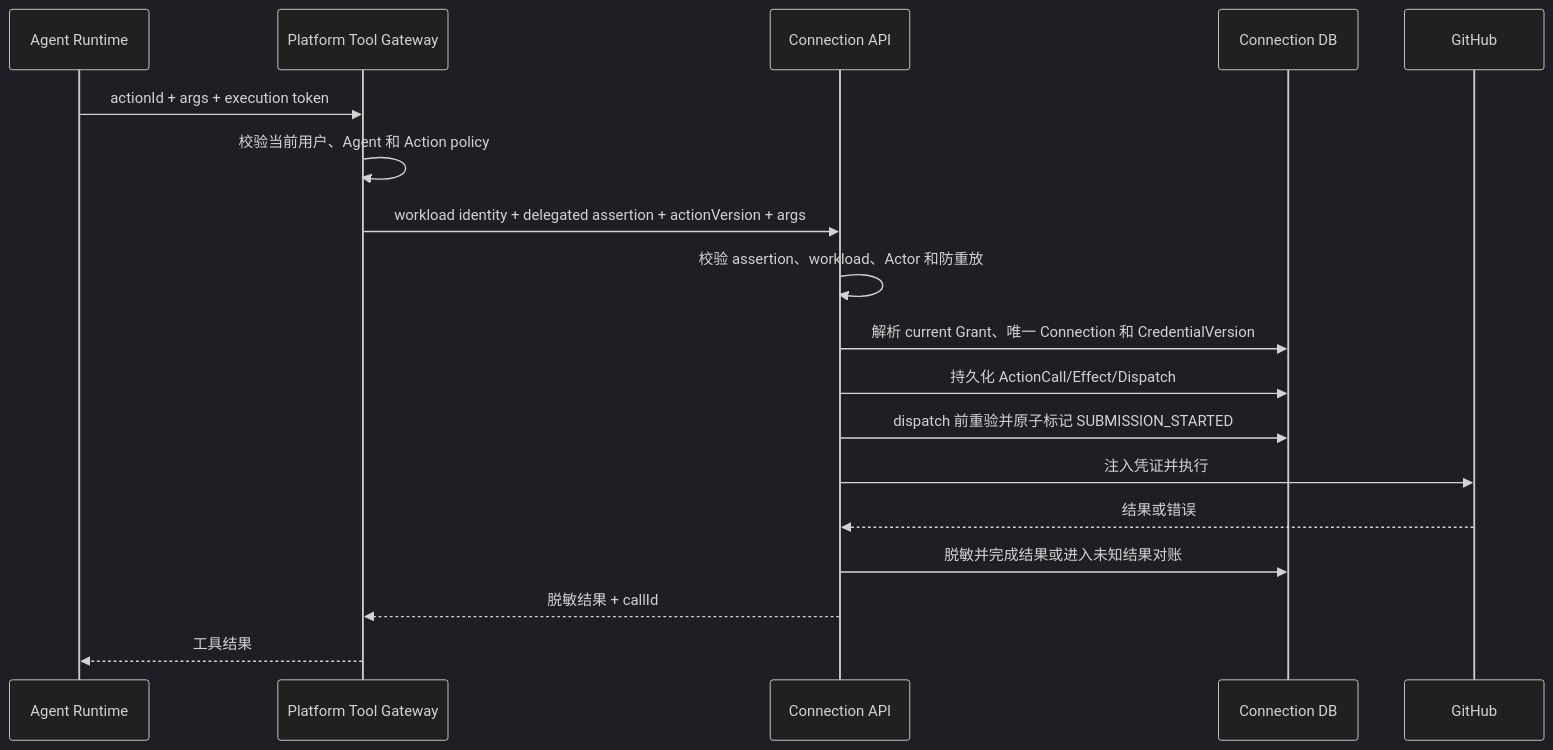
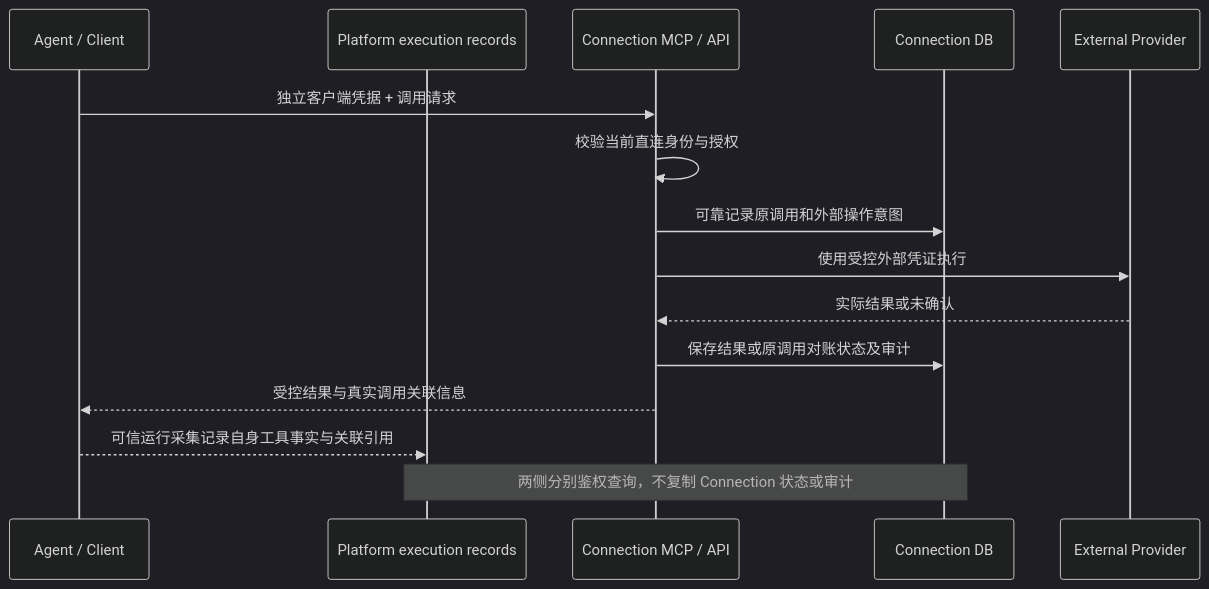
One commit to AgoraIO-Extensions/agent-infra changed the third of 3 diagrams in docs/architecture/SPEC-agent-infra-M1-engineering-architecture.md. Above: the diagram before and after it, drawn with Mermaid (dark theme). The commit also changed other lines of this file, not shown here.

Commit message:
docs(platform): align M1 execution and evaluation architecture

````diff
--- a/docs/architecture/SPEC-agent-infra-M1-engineering-architecture.md
+++ b/docs/architecture/SPEC-agent-infra-M1-engineering-architecture.md
@@ -667,21 +654,18 @@
 ```mermaid
 sequenceDiagram
-    participant A as Agent Runtime
-    participant P as Platform Tool Gateway
-    participant C as Connection API
+    participant A as Agent / Client
+    participant P as Platform execution records
+    participant C as Connection MCP / API
     participant D as Connection DB
-    participant X as GitHub
+    participant X as External Provider
 
-    A->>P: actionId + args + execution token
-    P->>P: 校验当前用户、Agent 和 Action policy
-    P->>C: workload identity + delegated assertion + actionVersion + args
-    C->>C: 校验 assertion、workload、Actor 和防重放
-    C->>D: 解析 current Grant、唯一 Connection 和 CredentialVersion
-    C->>D: 持久化 ActionCall/Effect/Dispatch
-    C->>D: dispatch 前重验并原子标记 SUBMISSION_STARTED
-    C->>X: 注入凭证并执行
-    X-->>C: 结果或错误
-    C->>D: 脱敏并完成结果或进入未知结果对账
-    C-->>P: 脱敏结果 + callId
-    P-->>A: 工具结果
+    A->>C: 独立客户端凭据 + 调用请求
+    C->>C: 校验当前直连身份与授权
+    C->>D: 可靠记录原调用和外部操作意图
+    C->>X: 使用受控外部凭证执行
+    X-->>C: 实际结果或未确认
+    C->>D: 保存结果或原调用对账状态及审计
+    C-->>A: 受控结果与真实调用关联信息
+    A-->>P: 可信运行采集记录自身工具事实与关联引用
+    Note over P,D: 两侧分别鉴权查询，不复制 Connection 状态或审计
 ```
````
